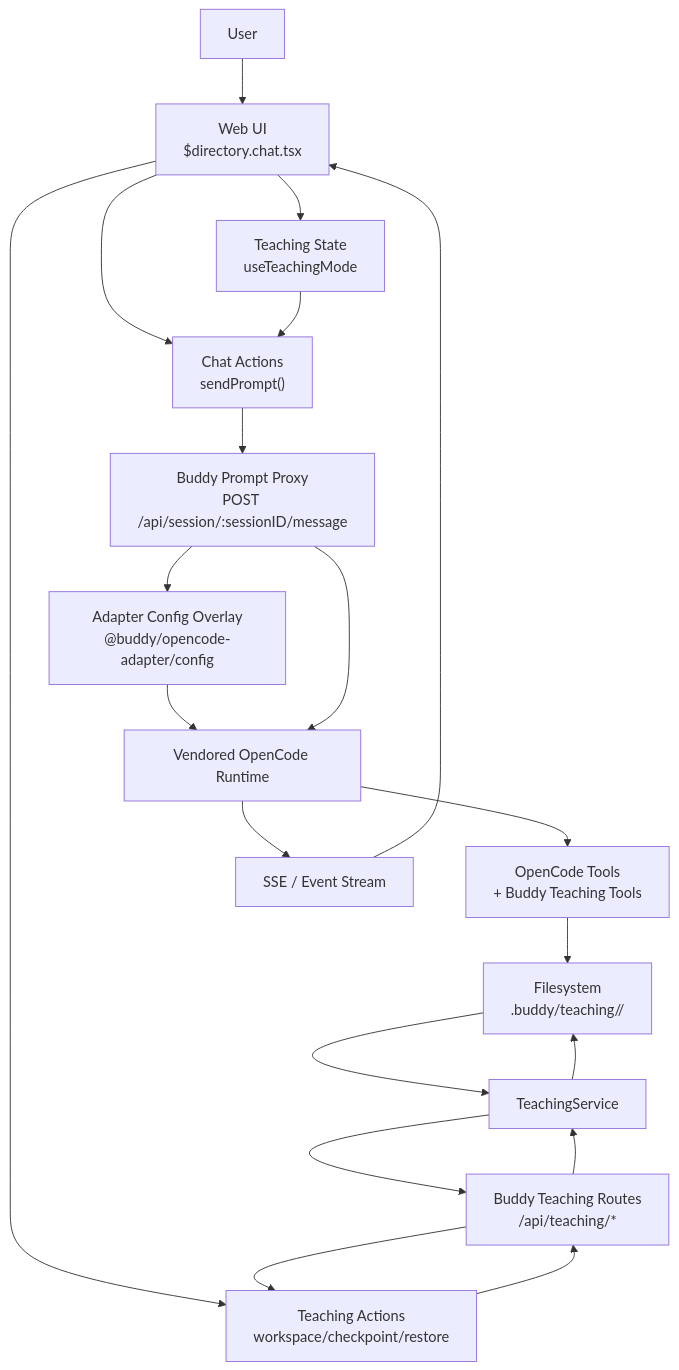
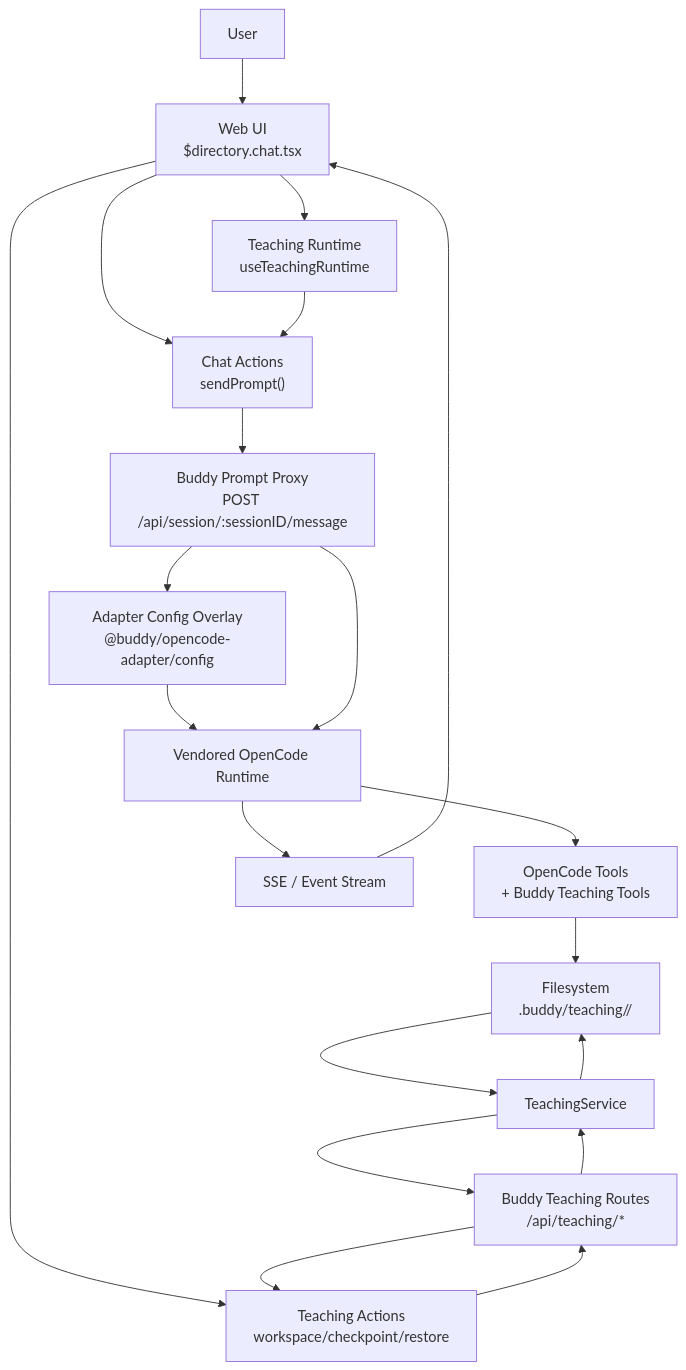
Before and after one commit to prashantbhudwal/buddy: the diagram in docs/codebuddy.md, drawn with Mermaid. The commit also changed other lines of this file and 29 other files, not shown here.

Commit message:
docs: add comprehensive documentation and architecture specs

````diff
--- a/docs/codebuddy.md
+++ b/docs/codebuddy.md
@@ -88,25 +90,25 @@
 ```mermaid
 flowchart TD
   U["User"] --> W["Web UI<br/>$directory.chat.tsx"]
-  W --> TS["Teaching State<br/>useTeachingMode"]
+  W --> TS["Teaching Runtime<br/>useTeachingRuntime"]
   W --> CA["Chat Actions<br/>sendPrompt()"]
   W --> TA["Teaching Actions<br/>workspace/checkpoint/restore"]
 
   TA --> BR["Buddy Teaching Routes<br/>/api/teaching/*"]
   BR --> SVC["TeachingService"]
   SVC --> FS["Filesystem<br/>.buddy/teaching/<sessionID>/"]
 
   CA --> BP["Buddy Prompt Proxy<br/>POST /api/session/:sessionID/message"]
   TS --> CA
   BP --> OVL["Adapter Config Overlay<br/>@buddy/opencode-adapter/config"]
   OVL --> OC["Vendored OpenCode Runtime"]
   BP --> OC
   OC --> TOOLS["OpenCode Tools<br/>+ Buddy Teaching Tools"]
   TOOLS --> FS
 
   FS --> SVC
   SVC --> BR
   BR --> TA
   OC --> EVT["SSE / Event Stream"]
   EVT --> W
 ```
````
